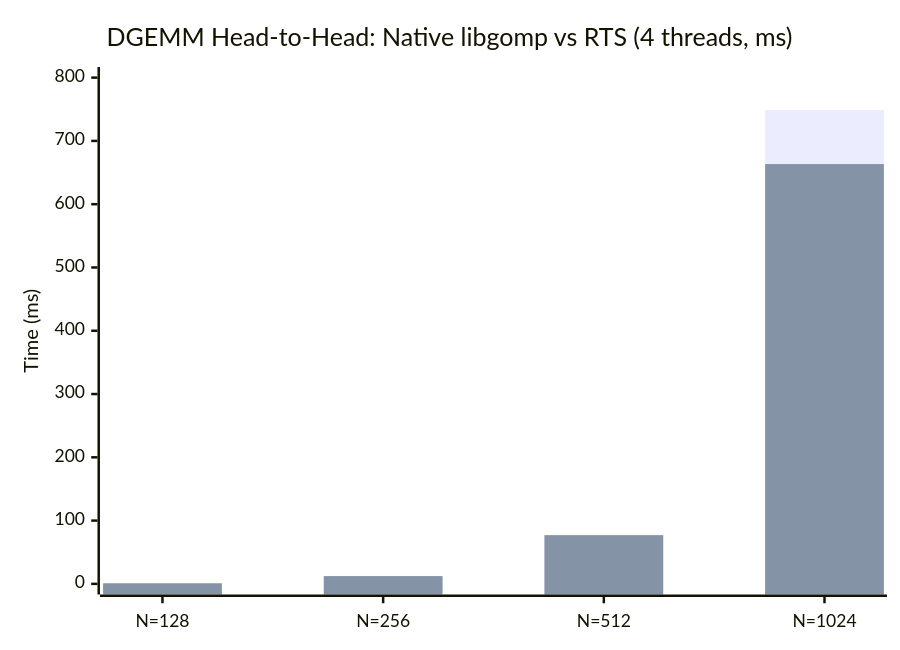
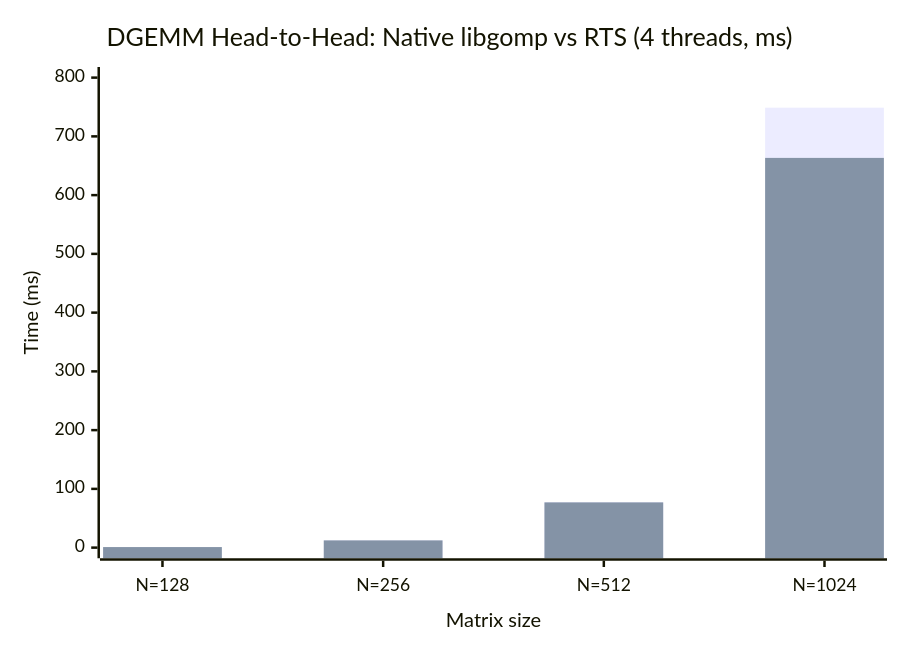
Before and after one commit to jhhuh/ghc-openmp: the fifth of 6 diagrams in index.md, drawn with Mermaid. The commit also changed other lines of this file and 1 other file, not shown here.

First line of the commit message:
Fix architecture snake layout and add labels to all chart series

```diff
--- a/index.md
+++ b/index.md
@@ -974,8 +970,8 @@
 <pre class="mermaid">
 xychart-beta
   title "DGEMM Head-to-Head: Native libgomp vs RTS (4 threads, ms)"
-  x-axis ["N=128", "N=256", "N=512", "N=1024"]
+  x-axis "Matrix size" ["N=128", "N=256", "N=512", "N=1024"]
   y-axis "Time (ms)" 0 --> 800
-  bar [0.86, 12.62, 77.51, 748.83]
-  bar [0.94, 12.28, 76.96, 663.37]
+  bar "Native libgomp" [0.86, 12.62, 77.51, 748.83]
+  bar "RTS-backed" [0.94, 12.28, 76.96, 663.37]
 </pre>
```
